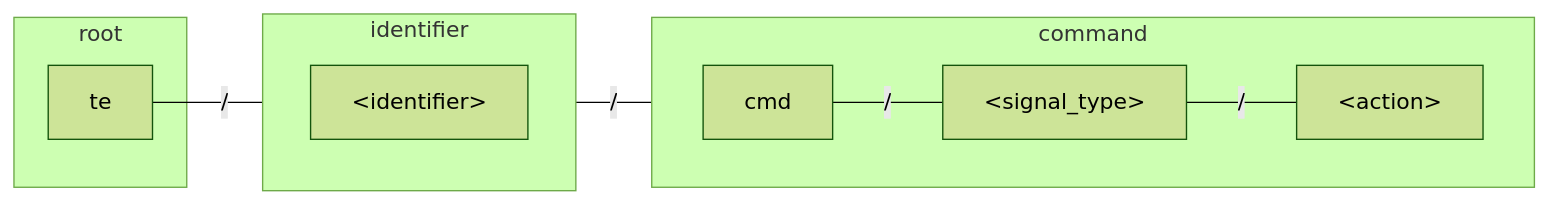
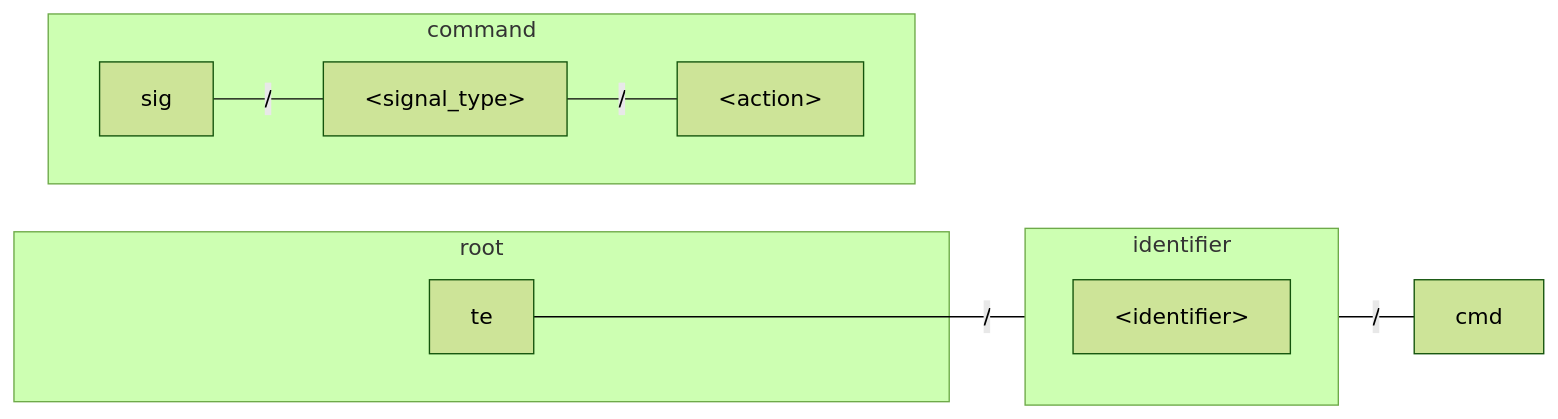
One commit to rina23q/thin-edge.io changed diagram 11 of 11 in docs/src/references/mqtt-api.md. Above: the diagram before and after it, drawn with Mermaid (forest theme). The commit also changed other lines of this file, not shown here.

Commit message:
fixup! fixup! Add signal channel to MQTT API doc

````diff
--- a/docs/src/references/mqtt-api.md
+++ b/docs/src/references/mqtt-api.md
@@ -657,17 +657,17 @@
 ```mermaid
 graph LR
   te --/--- identifier --/--- cmd
   subgraph root
     te
   end
 
   subgraph identifier
     identifier2["&lt;identifier&gt;"]
   end
 
   subgraph command
     direction LR
-    cmd --/--- signal_type["&lt;signal_type&gt;"] --/--- action["&lt;action&gt;"]
+    sig --/--- signal_type["&lt;signal_type&gt;"] --/--- action["&lt;action&gt;"]
   end
 
 ```
````
